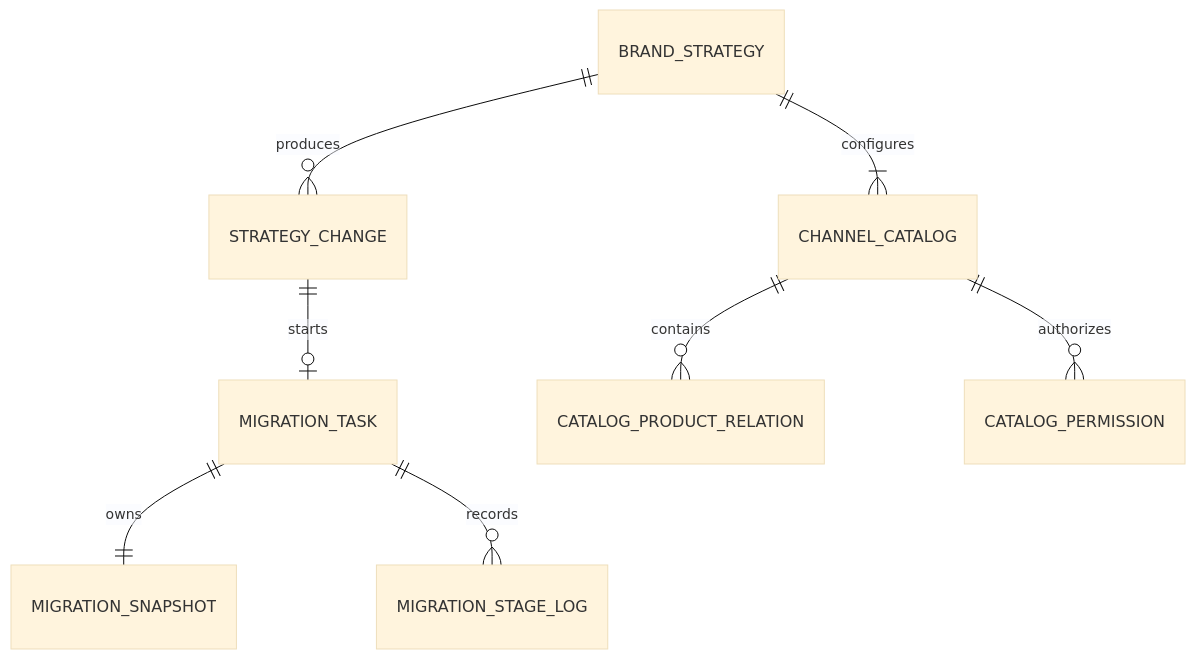
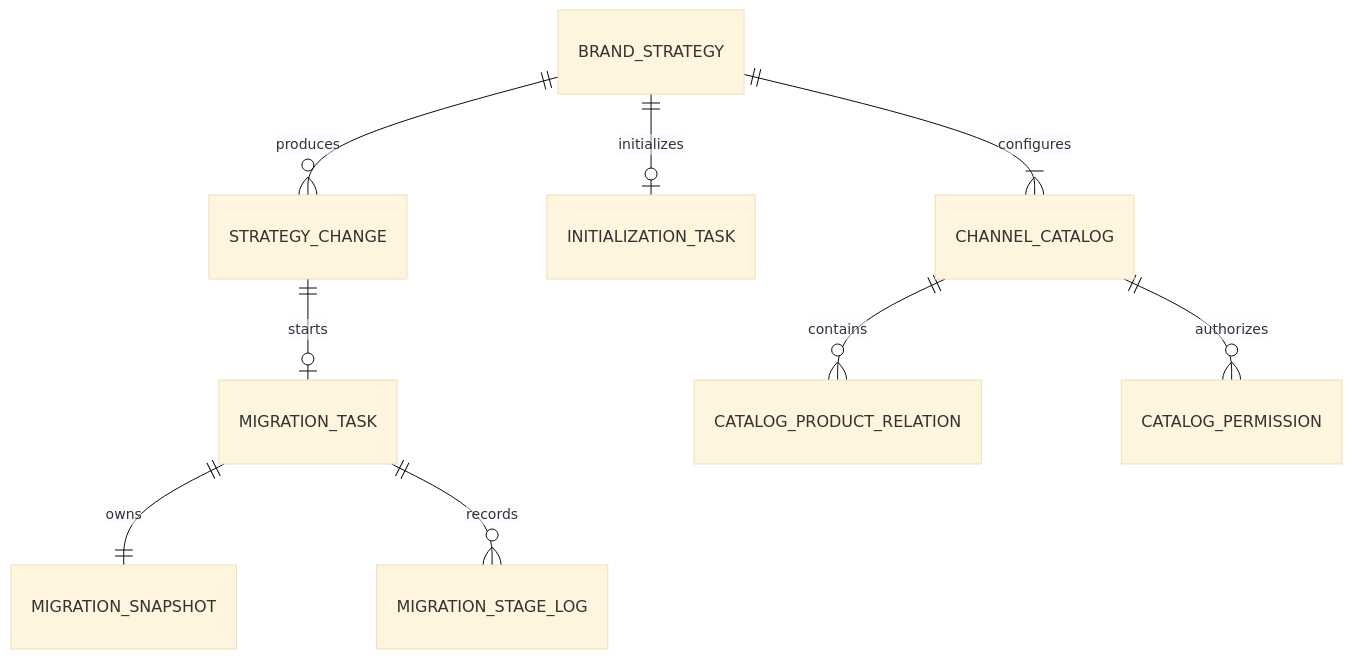
Before and after one commit to honmeytown10-code/product-center: the fourth of 5 diagrams in docs/需求文档/全渠道商品管理/P01-品牌商品管理模式配置.md, drawn with Mermaid (base theme). The commit also changed other lines of this file and 9 other files, not shown here.

Commit message:
feat: add omnichannel first initialization flow

````diff
--- a/docs/需求文档/全渠道商品管理/P01-品牌商品管理模式配置.md
+++ b/docs/需求文档/全渠道商品管理/P01-品牌商品管理模式配置.md
@@ -150,10 +186,11 @@
 ```mermaid
 erDiagram
     BRAND_STRATEGY ||--o{ STRATEGY_CHANGE : produces
+    BRAND_STRATEGY ||--o| INITIALIZATION_TASK : initializes
     BRAND_STRATEGY ||--|{ CHANNEL_CATALOG : configures
     STRATEGY_CHANGE ||--o| MIGRATION_TASK : starts
     MIGRATION_TASK ||--|| MIGRATION_SNAPSHOT : owns
     MIGRATION_TASK ||--o{ MIGRATION_STAGE_LOG : records
     CHANNEL_CATALOG ||--o{ CATALOG_PRODUCT_RELATION : contains
     CHANNEL_CATALOG ||--o{ CATALOG_PERMISSION : authorizes
 ```
````
